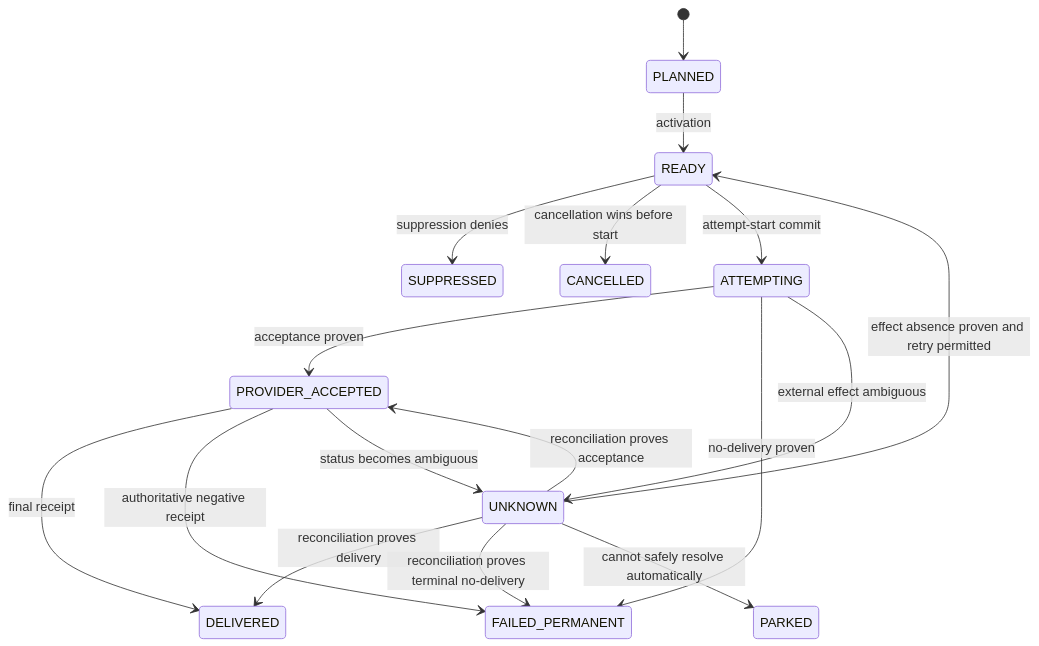
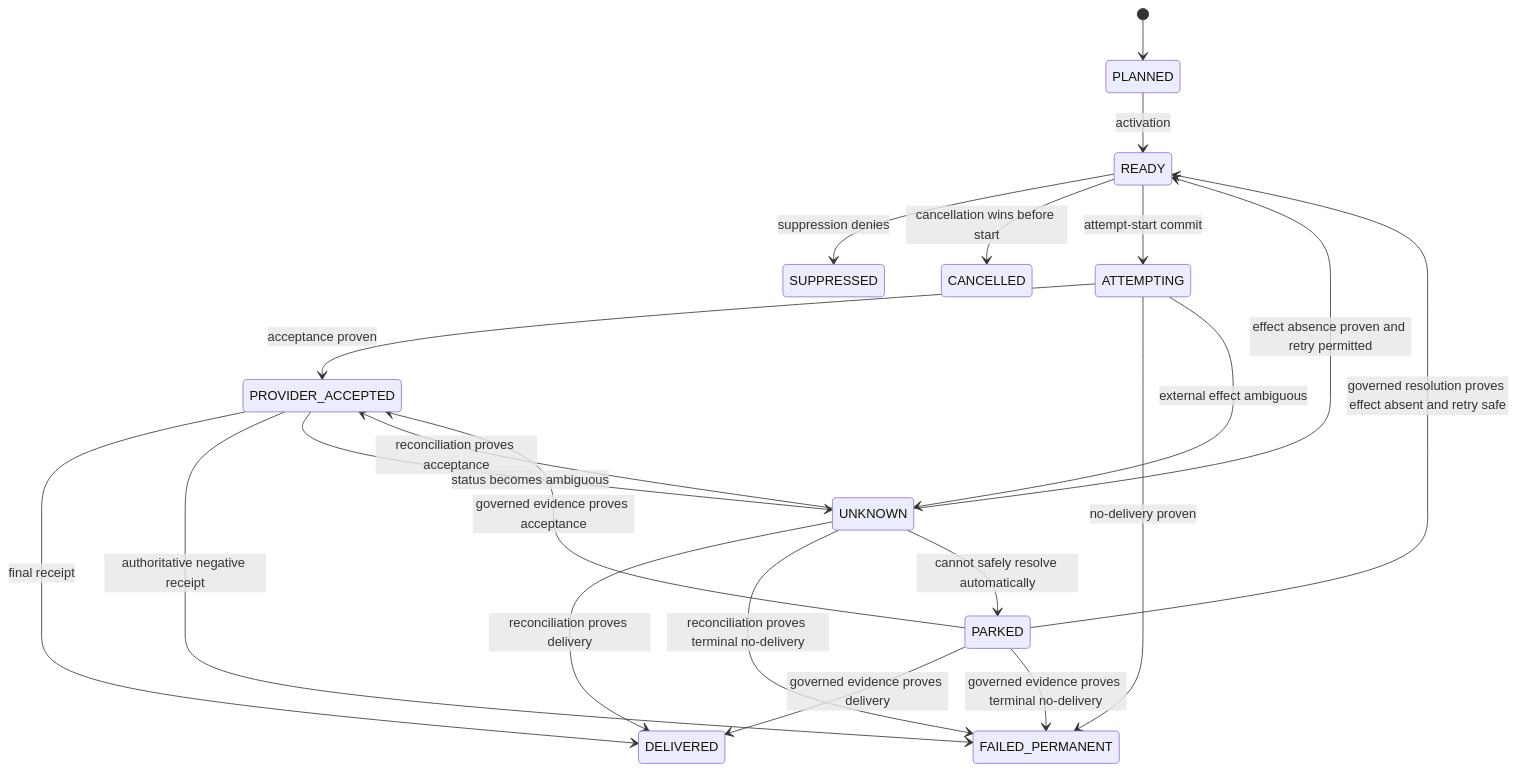
One commit to anshacerbia2/notification-platform changed the diagram in docs/designs/TDD-notif-runtime-001-notification-lifecycle-snapshot.md. Above: the diagram before and after it, drawn with Mermaid. The commit also changed other lines of this file, not shown here.

Commit message:
docs(runtime): clarify governed parked delivery resolution

````diff
--- a/docs/designs/TDD-notif-runtime-001-notification-lifecycle-snapshot.md
+++ b/docs/designs/TDD-notif-runtime-001-notification-lifecycle-snapshot.md
@@ -65,19 +67,23 @@
 ```mermaid
 stateDiagram-v2
     [*] --> PLANNED
     PLANNED --> READY: activation
     READY --> SUPPRESSED: suppression denies
     READY --> CANCELLED: cancellation wins before start
     READY --> ATTEMPTING: attempt-start commit
     ATTEMPTING --> PROVIDER_ACCEPTED: acceptance proven
     ATTEMPTING --> FAILED_PERMANENT: no-delivery proven
     ATTEMPTING --> UNKNOWN: external effect ambiguous
     PROVIDER_ACCEPTED --> DELIVERED: final receipt
     PROVIDER_ACCEPTED --> FAILED_PERMANENT: authoritative negative receipt
     PROVIDER_ACCEPTED --> UNKNOWN: status becomes ambiguous
     UNKNOWN --> READY: effect absence proven and retry permitted
     UNKNOWN --> PROVIDER_ACCEPTED: reconciliation proves acceptance
     UNKNOWN --> DELIVERED: reconciliation proves delivery
     UNKNOWN --> FAILED_PERMANENT: reconciliation proves terminal no-delivery
     UNKNOWN --> PARKED: cannot safely resolve automatically
+    PARKED --> READY: governed resolution proves effect absent and retry safe
+    PARKED --> PROVIDER_ACCEPTED: governed evidence proves acceptance
+    PARKED --> DELIVERED: governed evidence proves delivery
+    PARKED --> FAILED_PERMANENT: governed evidence proves terminal no-delivery
 ```
````
